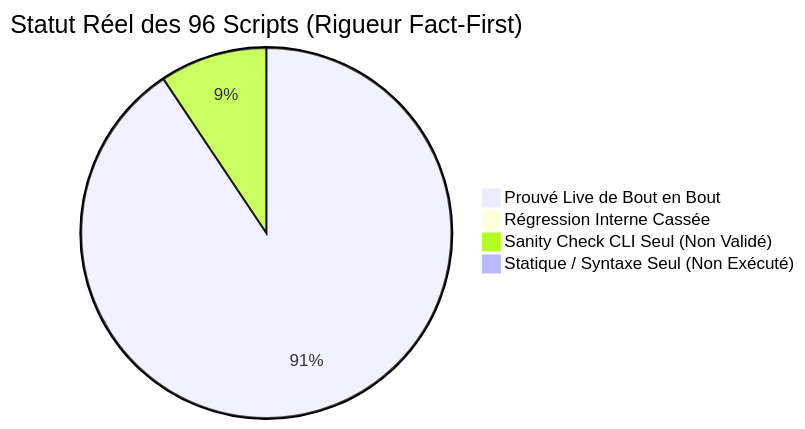
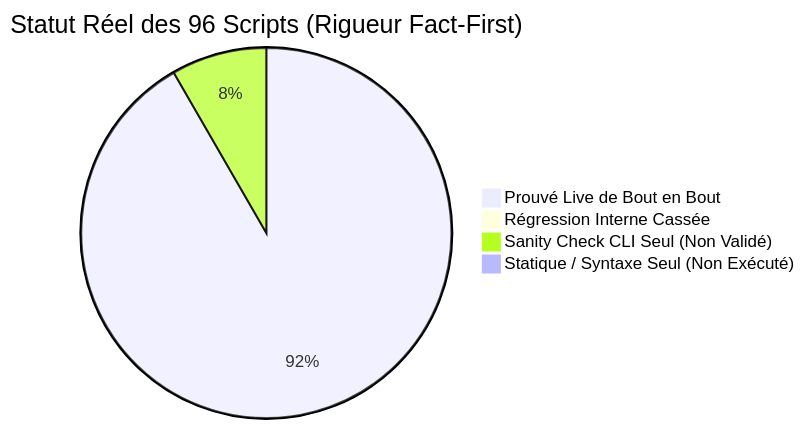
Before and after one commit to yoyonel/pydbsrt: the diagram in docs/reference/2026-11-10-audit-exhaustif-scripts-regressions.md, drawn with Mermaid. The commit also changed other lines of this file and 2 other files, not shown here.

Commit message:
fix(ingestion): dynamic root, cli check interface and docs in phash names (#69)

````diff
--- a/docs/reference/2026-11-10-audit-exhaustif-scripts-regressions.md
+++ b/docs/reference/2026-11-10-audit-exhaustif-scripts-regressions.md
@@ -16,7 +16,7 @@
 ```mermaid
 pie title Statut Réel des 96 Scripts (Rigueur Fact-First)
-    "Prouvé Live de Bout en Bout" : 87
+    "Prouvé Live de Bout en Bout" : 88
     "Régression Interne Cassée" : 0
-    "Sanity Check CLI Seul (Non Validé)" : 9
+    "Sanity Check CLI Seul (Non Validé)" : 8
     "Statique / Syntaxe Seul (Non Exécuté)" : 0
 ```
````
